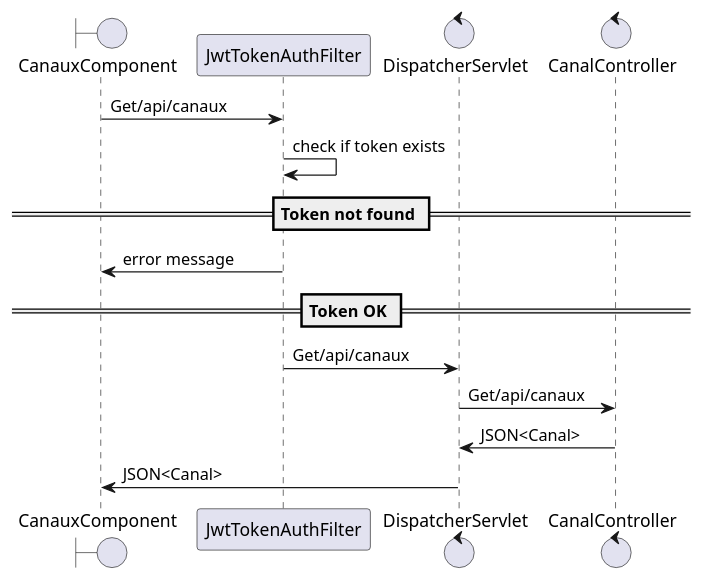
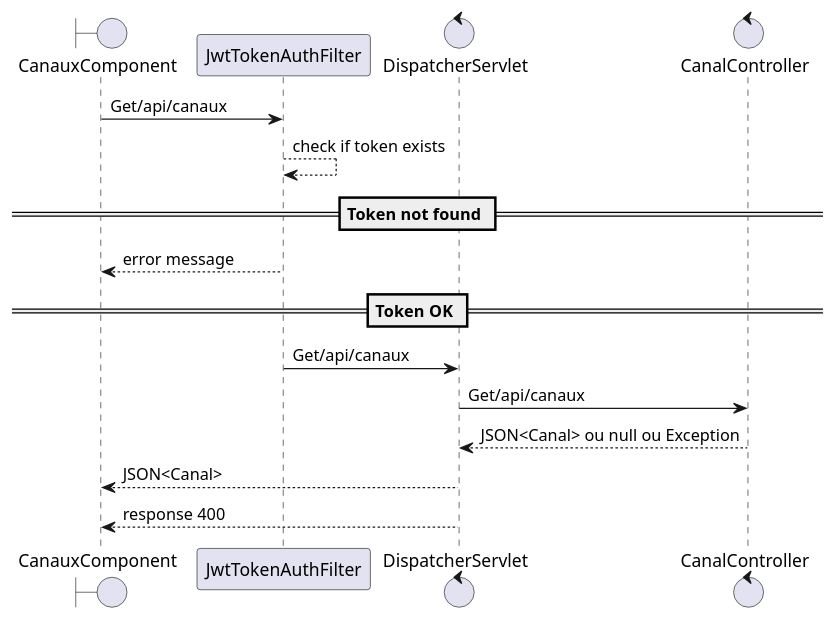
The diagram in public/diagramme-de-sequence/listerCanauxById.puml (soupramanien/cdaMassy2021ReactJS), drawn with PlantUML before and after one commit. The commit also changed 5 other files, not shown here.

Commit message:
MAJ diagrammes de sequences

```diff
--- a/public/diagramme-de-sequence/listerCanauxById.puml
+++ b/public/diagramme-de-sequence/listerCanauxById.puml
@@ -3,17 +3,18 @@
 @startuml
 boundary CanauxComponent
 participant JwtTokenAuthFilter
 control DispatcherServlet 
 control CanalController 
 
 
 CanauxComponent -> JwtTokenAuthFilter : Get/api/canaux 
-JwtTokenAuthFilter -> JwtTokenAuthFilter : check if token exists
+JwtTokenAuthFilter --> JwtTokenAuthFilter : check if token exists
 ==Token not found ==
-JwtTokenAuthFilter -> CanauxComponent : error message 
+JwtTokenAuthFilter --> CanauxComponent : error message 
 ==Token OK ==
 JwtTokenAuthFilter -> DispatcherServlet : Get/api/canaux
 DispatcherServlet -> CanalController : Get/api/canaux
-CanalController -> DispatcherServlet : JSON<Canal>
-DispatcherServlet -> CanauxComponent : JSON<Canal>
+CanalController --> DispatcherServlet : JSON<Canal> ou null ou Exception
+DispatcherServlet --> CanauxComponent : JSON<Canal>
+DispatcherServlet --> CanauxComponent : response 400
 @enduml
```
